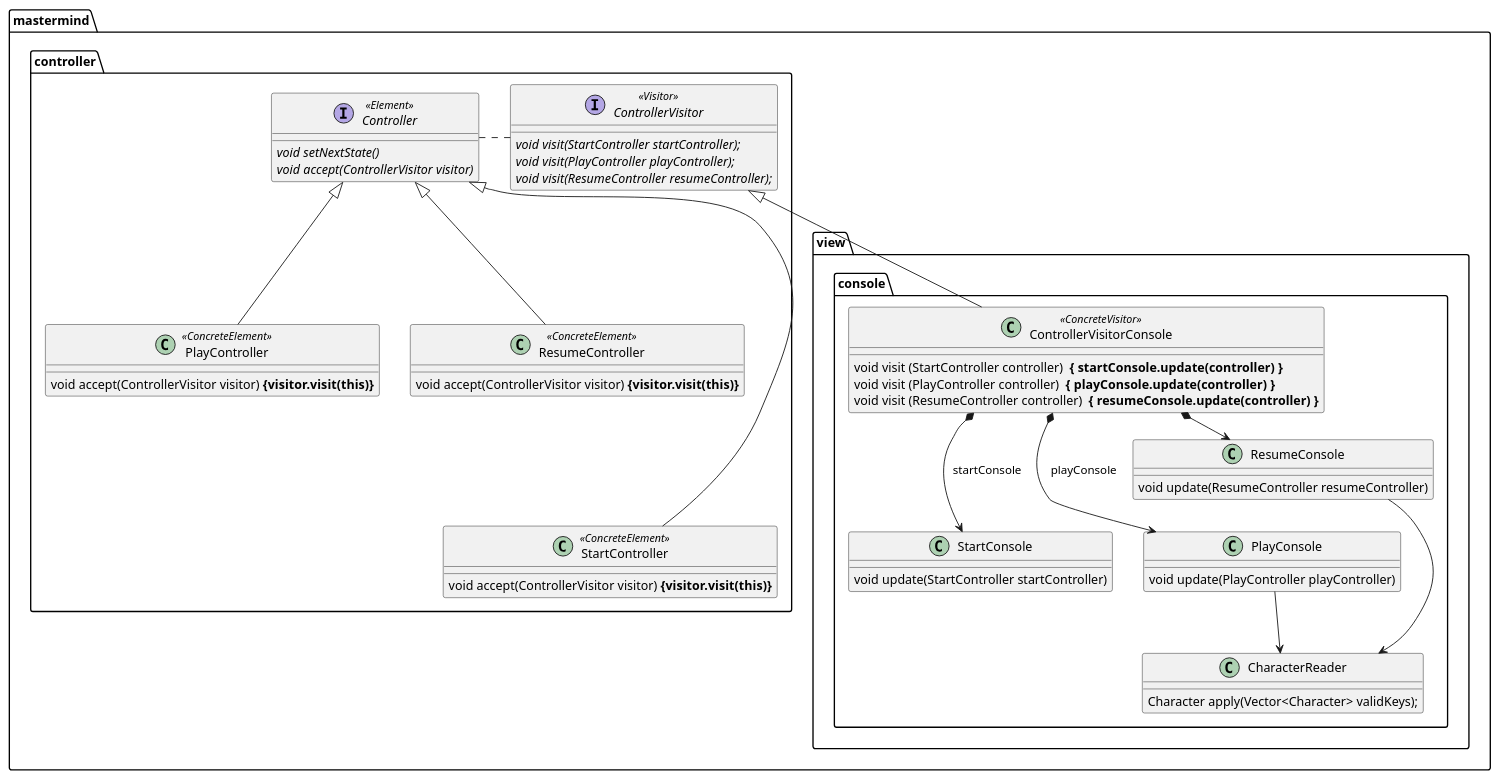
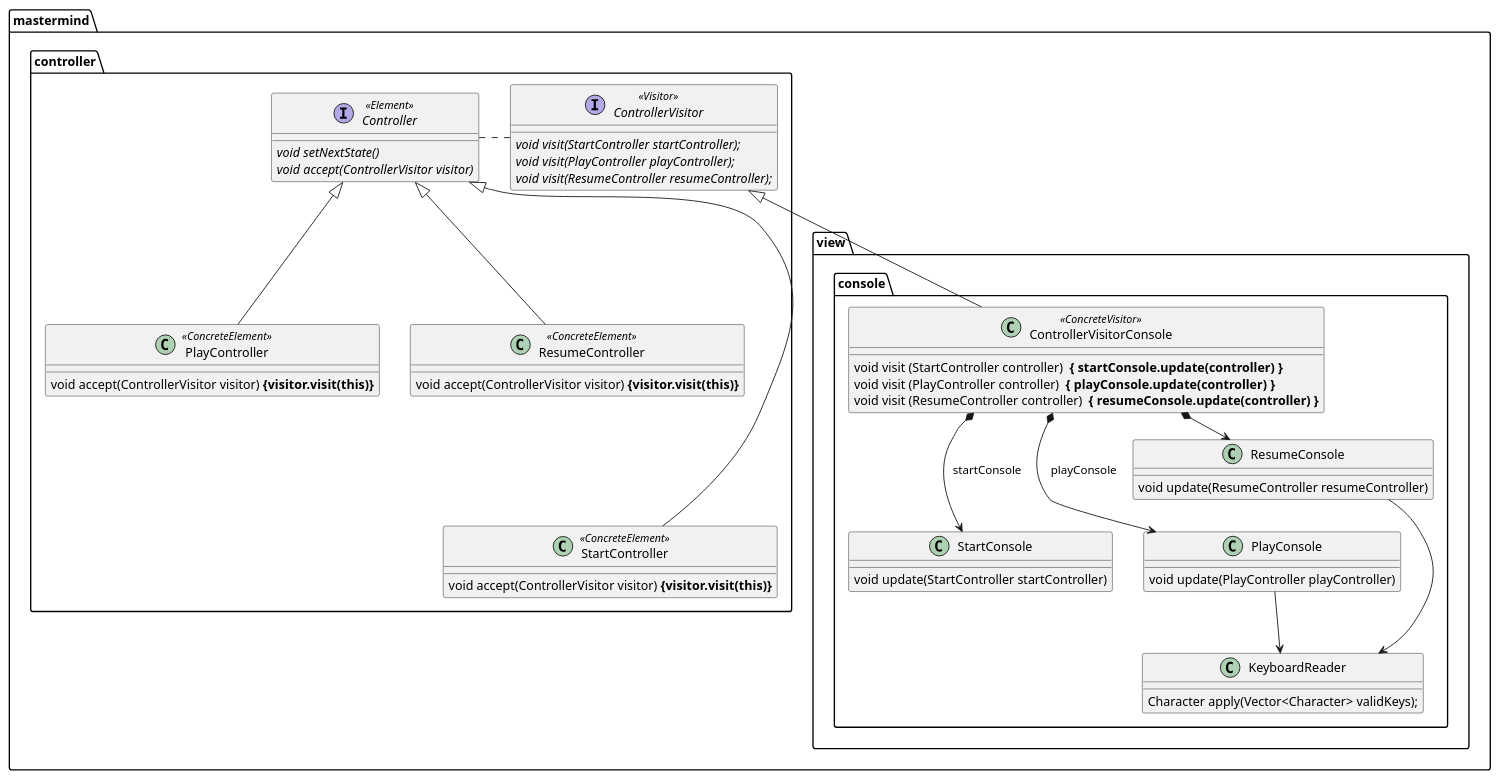
Before and after one commit to ciscoruiz/mastermind: the diagram in doc/mastermind.view.puml, drawn with PlantUML. The commit also changed 1 other file, not shown here.

Commit message:
Rename CharacterReader as KeyboardReader

```diff
--- a/doc/mastermind.view.puml
+++ b/doc/mastermind.view.puml
@@ -1,69 +1,69 @@
 @startuml
 
 package mastermind.view.console {
-   class CharacterReader {
+   class KeyboardReader {
        Character apply(Vector<Character> validKeys);
    }
 
    class ControllerVisitorConsole <<ConcreteVisitor>> {
        void visit (StartController controller) <b> { startConsole.update(controller) }</b>
        void visit (PlayController controller) <b> { playConsole.update(controller) }</b>
        void visit (ResumeController controller) <b> { resumeConsole.update(controller) }</b>
    }
 
    class StartConsole {
        void update(StartController startController)
    }
    class PlayConsole {
        void update(PlayController playController)
    }
    class ResumeConsole {
        void update(ResumeController resumeController)
    }
 
    ControllerVisitorConsole *--> StartConsole : startConsole
    ControllerVisitorConsole *--> PlayConsole : playConsole
    ControllerVisitorConsole *-> ResumeConsole : resumeConsole
 
-   PlayConsole --> CharacterReader
-   ResumeConsole --> CharacterReader
+   PlayConsole --> KeyboardReader
+   ResumeConsole --> KeyboardReader
 }
 
 package mastermind.controller {
    interface Controller <<Element>>{
       {abstract} void setNextState()
       {abstract} void accept(ControllerVisitor visitor)
    }
 
    interface StartController <<ConcreteElement>>
    interface PlayController <<ConcreteElement>>
    interface ResumeController <<ConcreteElement>>
 
    Controller <|--- StartController
    Controller <|-- PlayController
    Controller <|-- ResumeController
 
    class StartController {
       void accept(ControllerVisitor visitor) <b>{visitor.visit(this)}</b>
    }
 
    class PlayController {
       void accept(ControllerVisitor visitor) <b>{visitor.visit(this)}</b>
    }
 
    class ResumeController {
       void accept(ControllerVisitor visitor) <b>{visitor.visit(this)}</b>
    }
 
    interface ControllerVisitor <<Visitor>> {
       {abstract} void visit(StartController startController);
       {abstract} void visit(PlayController playController);
       {abstract} void visit(ResumeController resumeController);
    }
 
    Controller .left. ControllerVisitor
 }
 
 ControllerVisitor <|-- ControllerVisitorConsole
 
 @enduml
```
